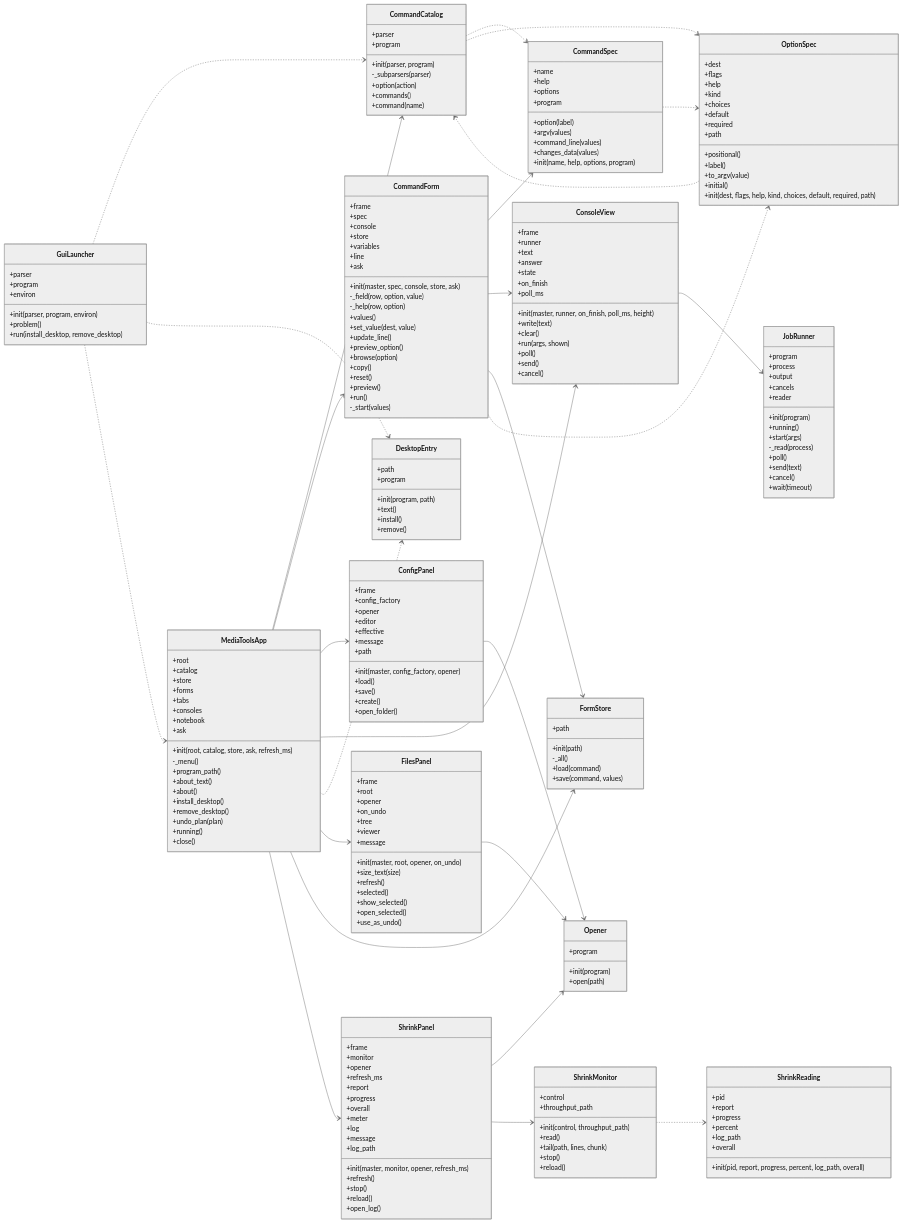
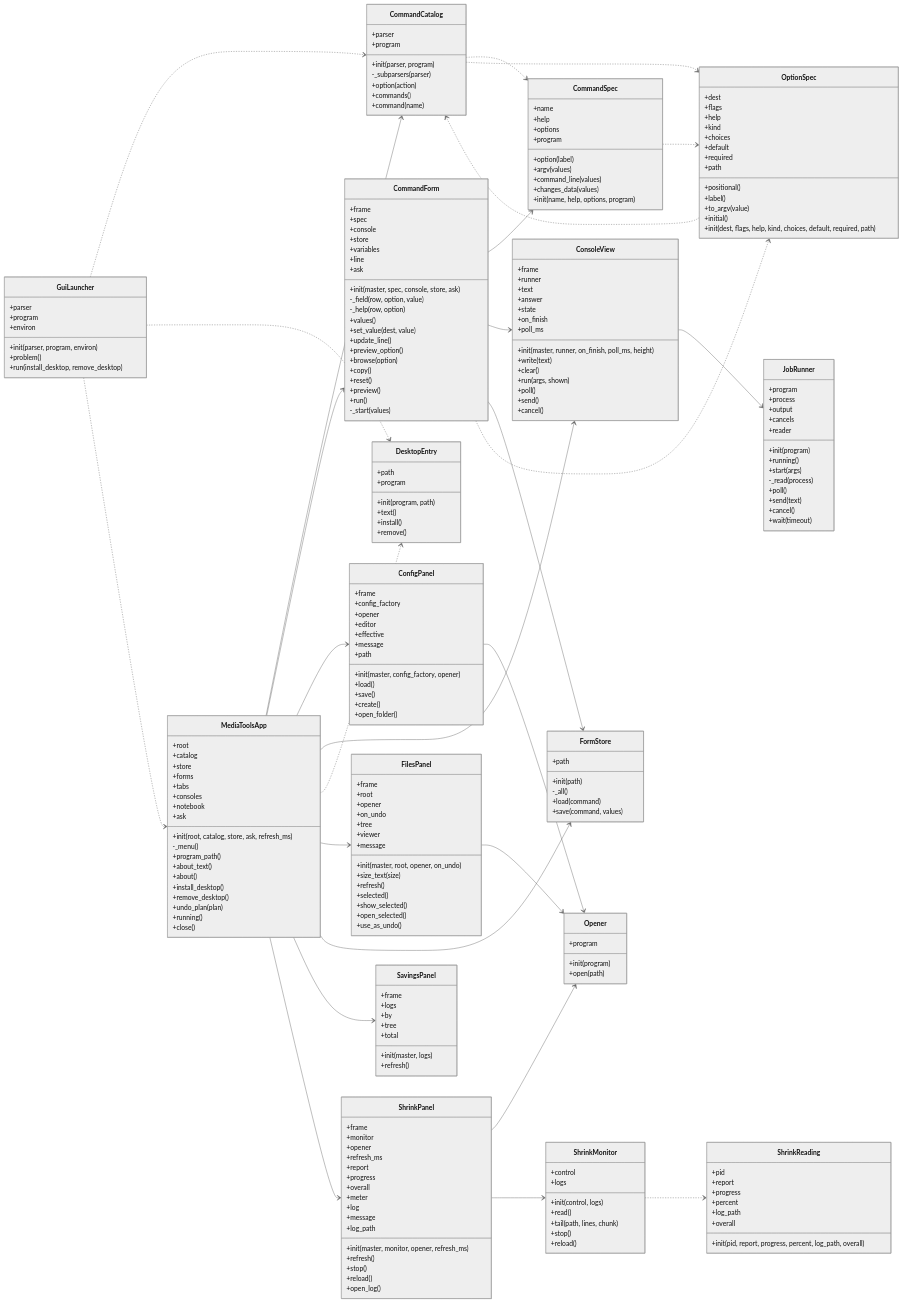
One commit to peddanet/mediatools changed the diagram in docs/img/uml_gui.mmd. Above: the diagram before and after it, drawn with Mermaid (neutral theme). The commit also changed 30 other files, not shown here.

```diff
--- a/docs/img/uml_gui.mmd
+++ b/docs/img/uml_gui.mmd
@@ -166,10 +166,19 @@
     +initial()
     +init(dest, flags, help, kind, choices, default, required, path)
   }
+  class SavingsPanel {
+    +frame
+    +logs
+    +by
+    +tree
+    +total
+    +init(master, logs)
+    +refresh()
+  }
   class ShrinkMonitor {
     +control
-    +throughput_path
-    +init(control, throughput_path)
+    +logs
+    +init(control, logs)
     +read()
     +tail(path, lines, chunk)
     +stop()
@@ -209,6 +218,7 @@
   MediaToolsApp ..> DesktopEntry
   MediaToolsApp --> FilesPanel
   MediaToolsApp --> FormStore
+  MediaToolsApp --> SavingsPanel
   MediaToolsApp --> ShrinkPanel
   CommandCatalog ..> CommandSpec
   CommandCatalog ..> OptionSpec
```
